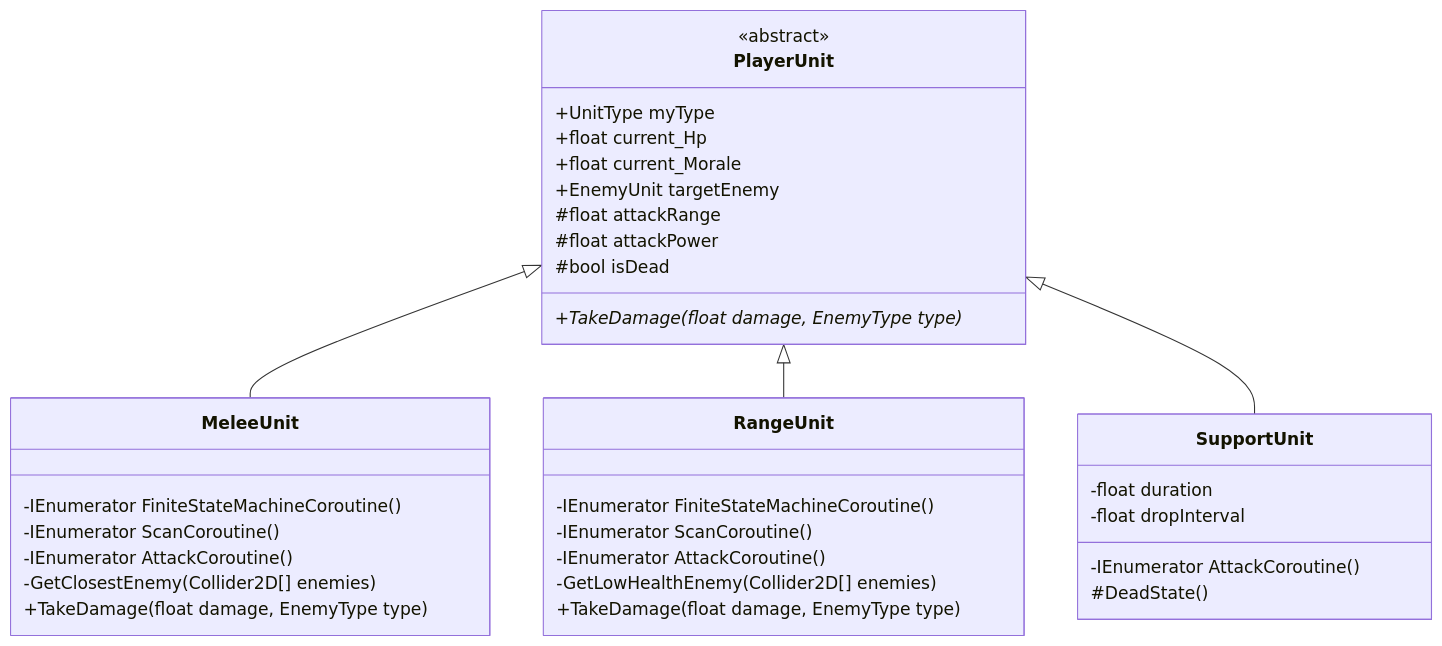
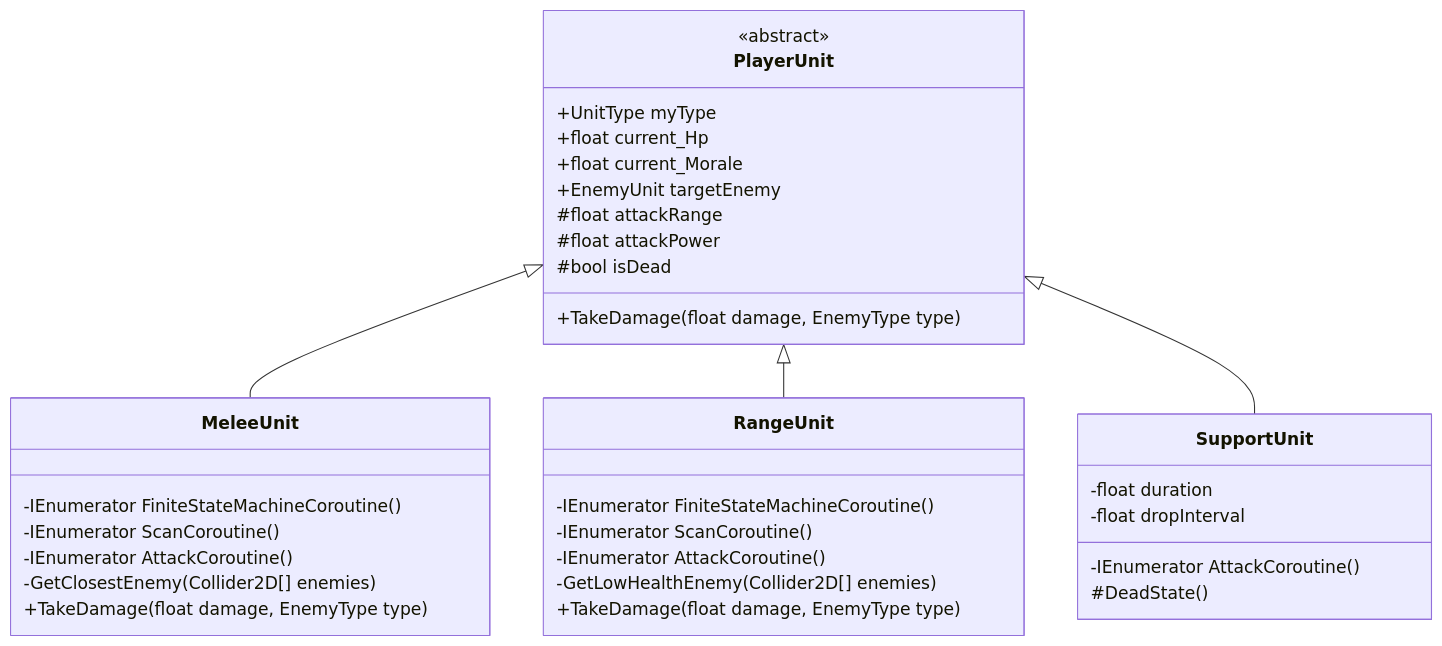
One commit to Gryphon34/portfolio-template changed the sixth of 11 diagrams in src/3-strategy-defense/기술문서.md. Above: the diagram before and after it, drawn with Mermaid. The commit also changed other lines of this file, not shown here.

````diff
--- a/src/3-strategy-defense/기술문서.md
+++ b/src/3-strategy-defense/기술문서.md
@@ -244,41 +315,41 @@
 ```mermaid
 classDiagram
     class PlayerUnit {
         <<abstract>>
         +UnitType myType
         +float current_Hp
         +float current_Morale
         +EnemyUnit targetEnemy
         #float attackRange
         #float attackPower
         #bool isDead
-        +TakeDamage(float damage, EnemyType type)*
+        +TakeDamage(float damage, EnemyType type)
     }
 
     class MeleeUnit {
         -IEnumerator FiniteStateMachineCoroutine()
         -IEnumerator ScanCoroutine()
         -IEnumerator AttackCoroutine()
         -GetClosestEnemy(Collider2D[] enemies)
         +TakeDamage(float damage, EnemyType type)
     }
 
     class RangeUnit {
         -IEnumerator FiniteStateMachineCoroutine()
         -IEnumerator ScanCoroutine()
         -IEnumerator AttackCoroutine()
         -GetLowHealthEnemy(Collider2D[] enemies)
         +TakeDamage(float damage, EnemyType type)
     }
 
     class SupportUnit {
         -float duration
         -float dropInterval
         -IEnumerator AttackCoroutine()
         #DeadState()
     }
 
     PlayerUnit <|-- MeleeUnit
     PlayerUnit <|-- RangeUnit
     PlayerUnit <|-- SupportUnit
 ```
````
